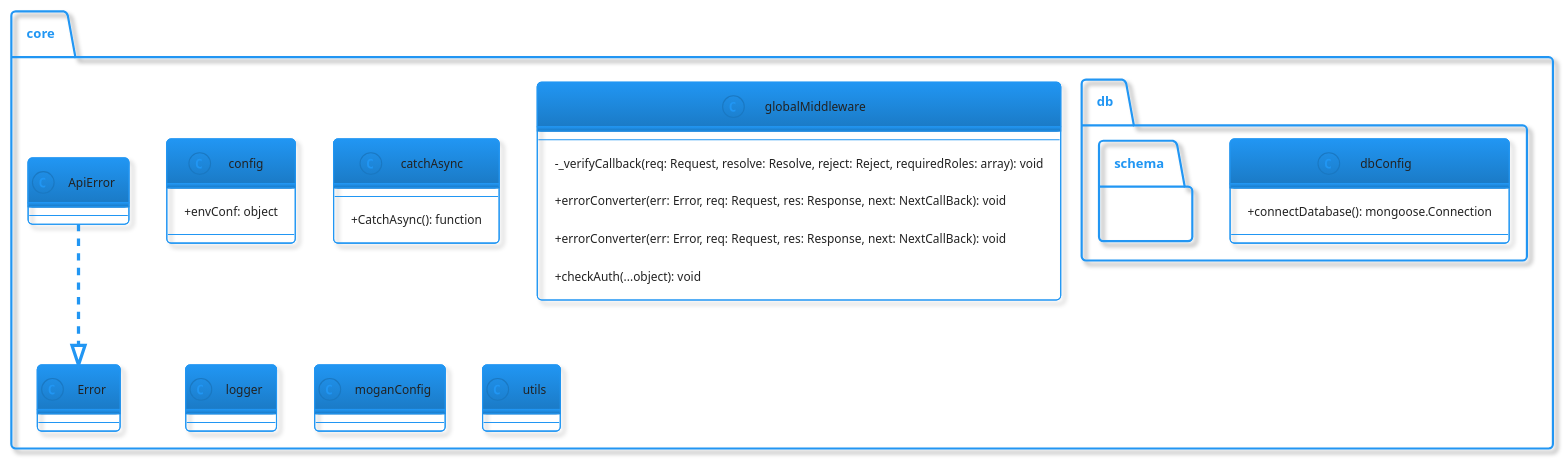
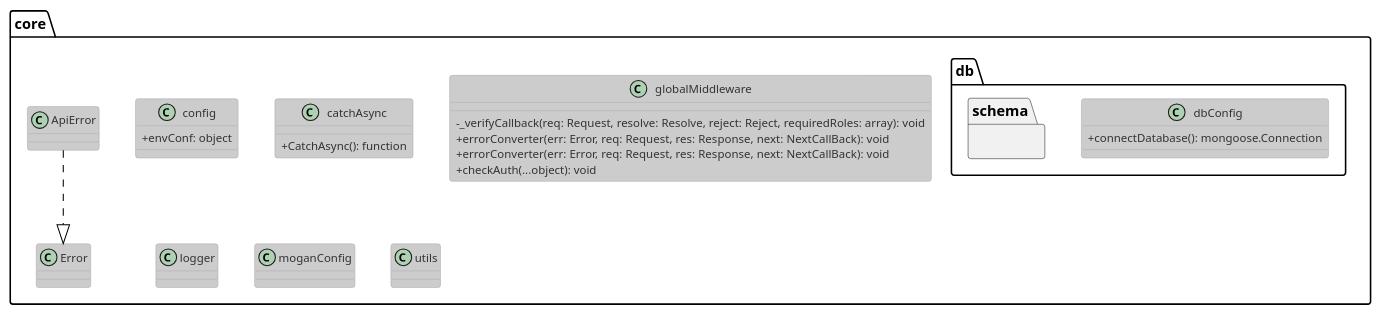
One commit to tuannm99/RMS changed the diagram in plantuml/class/core.puml. Above: the diagram before and after it, drawn with PlantUML. The commit also changed 2 other files, not shown here.

Commit message:
update - uml

```diff
--- a/plantuml/class/core.puml
+++ b/plantuml/class/core.puml
@@ -1,37 +1,37 @@
-@startuml auth class diagram
-!theme materia-outline
+@startuml coreClass
+!theme reddress-lightblue
 skinparam classAttributeIconSize 0
 
 package core {
 
   class config {
     + {field} envConf: object
   }
   class ApiError {}
   class catchAsync {
       + {method} CatchAsync(): function
   }
   class globalMiddleware {
       - {method} _verifyCallback(req: Request, resolve: Resolve, reject: Reject, requiredRoles: array): void
       + {method} errorConverter(err: Error, req: Request, res: Response, next: NextCallBack): void
       + {method} errorConverter(err: Error, req: Request, res: Response, next: NextCallBack): void
       + {method} checkAuth(...object): void
   }
   class logger {
   }
   class moganConfig {}
   class utils {}
 
   package db{
 
     package schema {}
     class dbConfig {    
         + {field} connectDatabase(): mongoose.Connection
     }
   }
 
   ApiError  ..|> Error
 }
 
 
 @enduml
```
